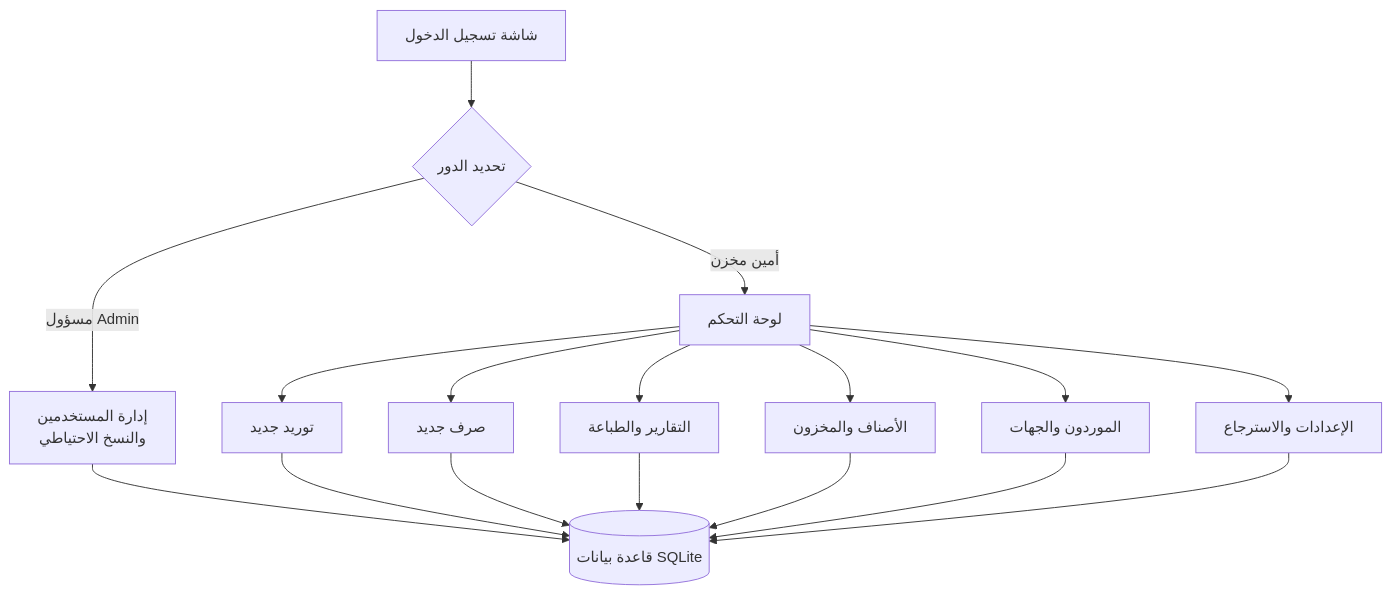
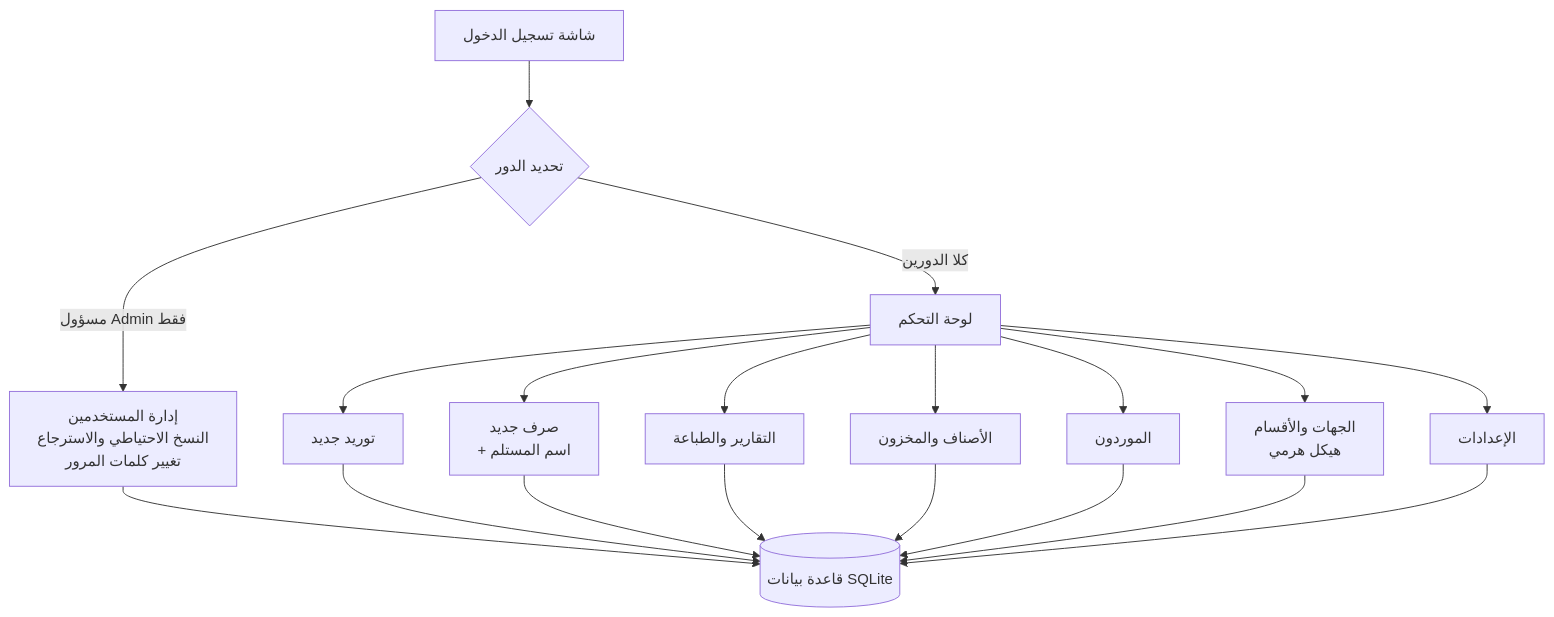
The diagram in README.md (Cit2024/Warehouse-Management-System), drawn with Mermaid before and after one commit. The commit also changed other lines of this file and 23 other files, not shown here.

````diff
--- a/README.md
+++ b/README.md
@@ -14,19 +21,21 @@
 ```mermaid
 flowchart TD
     A[شاشة تسجيل الدخول] --> B{تحديد الدور}
-    B -->|مسؤول Admin| C[إدارة المستخدمين<br/>والنسخ الاحتياطي]
-    B -->|أمين مخزن| D[لوحة التحكم]
+    B -->|مسؤول Admin فقط| C[إدارة المستخدمين<br/>النسخ الاحتياطي والاسترجاع<br/>تغيير كلمات المرور]
+    B -->|كلا الدورين| D[لوحة التحكم]
     D --> E[توريد جديد]
-    D --> F[صرف جديد]
+    D --> F[صرف جديد<br/>+ اسم المستلم]
     D --> G[التقارير والطباعة]
     D --> H[الأصناف والمخزون]
-    D --> I[الموردون والجهات]
-    D --> J[الإعدادات والاسترجاع]
+    D --> I[الموردون]
+    D --> J[الجهات والأقسام<br/>هيكل هرمي]
+    D --> L[الإعدادات]
     E --> K[(قاعدة بيانات SQLite)]
     F --> K
     G --> K
     H --> K
     I --> K
+    J --> K
     C --> K
-    J --> K
+    L --> K
 ```
````
